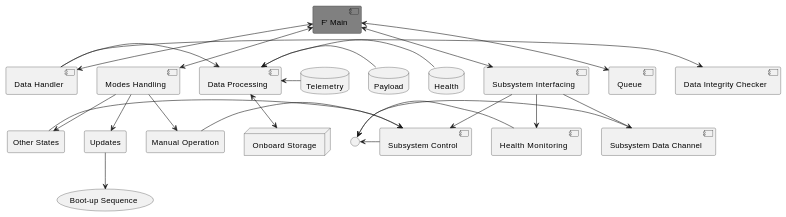
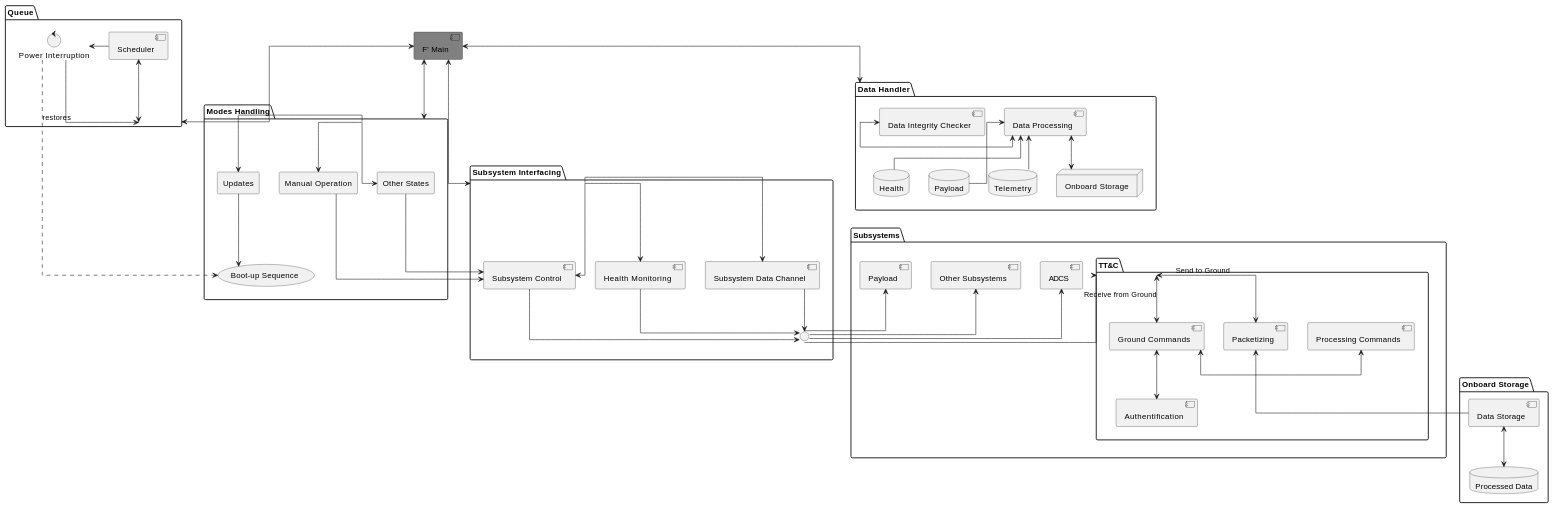
Before and after one commit to space-concordia-spacecraft/docs: the diagram in cdh-modules-chart.md, drawn with PlantUML. The commit also changed other lines of this file, not shown here.

Commit message:
Leave UML comment

````diff
--- a/cdh-modules-chart.md
+++ b/cdh-modules-chart.md
@@ -3,67 +3,117 @@
 ```plantuml
 @startuml
 
-/' List of components
-(use their alias set in `as ALIAS`)'/
+' Parameters '
+skinparam linetype ortho
+
+/' Modes Handling Section '/
+package "Modes Handling" as ModesHandling {
+  ' === Modes Handling Definitions ===
+  ' btw: "usecase" makes it round
+  usecase "Boot-up Sequence" as ModesBootUpSequence
+  rectangle "Updates" as ModesUpdates
+  rectangle "Other States" as ModesOtherStates
+  rectangle "Manual Operation" as ModesManualOperation
+  '=== Modes Handling Relationships ===
+  ModesHandling --> ModesUpdates
+  ModesUpdates --> ModesBootUpSequence
+  ModesHandling --> ModesOtherStates
+  ModesHandling --> ModesManualOperation
+}
+
+/' Subsystem Interfacing '/
+package "Subsystem Interfacing" as SubsystemInterfacing {
+  ' === Subsystem Interfacing Definitions ===
+  component "Subsystem Control" as SubsystemControl
+  component "Health Monitoring" as SubsystemHealth
+  component "Subsystem Data Channel" as SubsystemData
+  interface " " as SubsystemJunction
+  ' === Subsystem Interfacing Relationships ===
+  SubsystemInterfacing --> SubsystemControl
+  SubsystemInterfacing --> SubsystemHealth
+  SubsystemInterfacing --> SubsystemData
+  SubsystemJunction <-up- SubsystemData
+  SubsystemJunction <-up- SubsystemHealth
+  SubsystemJunction <-up- SubsystemControl
+  ' === From Modes Handling ===
+  ModesOtherStates -down-> SubsystemControl
+  ModesManualOperation -down-> SubsystemControl
+}
+
+/' Data Handler '/
+package "Data Handler" as DataHandler {
+  ' === Data Handler Definitions ===
+  node "Onboard Storage" as NodeOnboardStorage
+  component "Data Processing" as DataProcessing
+  component "Data Integrity Checker" as DataIntegrity
+  database "Health" as DataHealth
+  database "Payload" as DataPayload
+  database "Telemetry" as DataTelemetry
+  ' === Data Handler Relationships ===
+  DataProcessing <--> NodeOnboardStorage
+  DataHandler -> DataProcessing
+  DataHandler -> DataIntegrity
+  DataProcessing <-down- DataHealth
+  DataProcessing <-down- DataPayload
+  DataProcessing <-down- DataTelemetry
+}
+
+/' Queue '/
+package "Queue" as Queue {
+  ' === Queue Definitions ===
+  component "Scheduler" as QueueScheduler
+  control "Power Interruption" as QueuePowerInterruption
+  ' === Queue Relationships ===
+  Queue <-> QueueScheduler
+  QueueScheduler -> QueuePowerInterruption
+  QueuePowerInterruption ..> ModesBootUpSequence
+  QueuePowerInterruption --> Queue: restores
+}
+
+/' Subsystems '/
+' === Subsystems Definitions ===
+package "Subsystems" as Subsystems {
+component "Other Subsystems" as SubsystemsOther
+component "ADCS" as SubsystemsADCS
+component "Payload" as SubsystemPayload
+  /' TT&C '/
+  package "TT&C" as SubsystemTTC {
+    ' === TT&C Definitions ===
+    component "Packetizing" as TTCPacketizing
+    component "Ground Commands" as TTCGroundCommands
+    component "Authentification" as TTCAuthentification
+    component "Processing Commands" as TTCProcessingCommands
+    ' === TT&C Relationships ===
+    SubsystemTTC <-up-> TTCPacketizing: Send to Ground
+    SubsystemTTC <-down-> TTCGroundCommands: Receive from Ground
+    TTCGroundCommands <-down-> TTCAuthentification
+    TTCGroundCommands <-right-> TTCProcessingCommands
+  }
+}
+' === Subsystems Relationships ===
+SubsystemJunction -up-> SubsystemsOther
+SubsystemJunction -up-> SubsystemsADCS
+SubsystemJunction -up-> SubsystemPayload
+SubsystemJunction -up-> SubsystemTTC
+
+
+/' Onboard Storage '/
+package "Onboard Storage" as OnboardStorage{
+  ' === Onboard Storage Definitions === '
+  component "Data Storage" as DataStorage
+  database "Processed Data" as DataProcessed
+  ' === Onboard Storage Relationships === '
+  DataStorage <-down-> DataProcessed
+  TTCPacketizing <-down- DataStorage
+}
 
 ' === Components Surrounding F' Main ===
 component "F' Main" as Fmain #gray
-component "Modes Handling" as ModesHandling
-component "Data Handler" as DataHandler
-component "Subsystem Interfacing" as SubsystemInterfacing
-component Queue
 
 ' === Relationships Surrounding F' Main ===
 Fmain <--> ModesHandling
 Fmain <--> SubsystemInterfacing
 Fmain <--> DataHandler
 Fmain <--> Queue
-
-/' Modes Handling Section '/
-' === Modes Handling Definitions ===
-' btw: "usecase" makes it round
-usecase "Boot-up Sequence" as BootUpSequence
-rectangle Updates
-rectangle "Other States" as OtherStates
-rectangle "Manual Operation" as ManualOperation
-'=== Modes Handling Relationships ===
-ModesHandling --> Updates
-Updates --> BootUpSequence
-ModesHandling --> OtherStates
-ModesHandling --> ManualOperation
-
-/' Subsystem Interfacing '/
-' === Subsystem Interfacing Definitions ===
-component "Subsystem Control" as SubsystemControl
-component "Health Monitoring" as SubsystemHealth
-component "Subsystem Data Channel" as SubsystemData
-interface " " as SubsystemJunction
-' === Subsystem Interfacing Relationships ===
-SubsystemInterfacing --> SubsystemControl
-SubsystemInterfacing --> SubsystemHealth
-SubsystemInterfacing --> SubsystemData
-SubsystemJunction <- SubsystemData
-SubsystemJunction <- SubsystemHealth
-SubsystemJunction <- SubsystemControl
-' === From Modes Handling ===
-OtherStates -> SubsystemControl
-ManualOperation -> SubsystemControl
-
-/' Data Handler '/
-' === Data Handler Definitions ===
-node "Onboard Storage" as OnboardStorage
-component "Data Processing" as DataProcessing
-component "Data Integrity Checker" as DataIntegrity
-database "Health" as DataHealth
-database "Payload" as DataPayload
-database "Telemetry" as DataTelemetry
-' === Data Handler Relationships ===
-DataProcessing <-down-> OnboardStorage
-DataHandler -> DataProcessing
-DataHandler -> DataIntegrity
-DataProcessing <- DataHealth
-DataProcessing <- DataPayload
-DataProcessing <- DataTelemetry
-
 @enduml
 ```
````
